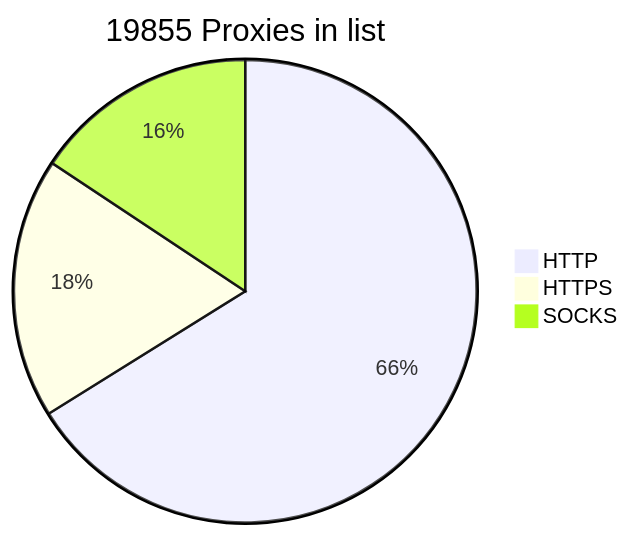
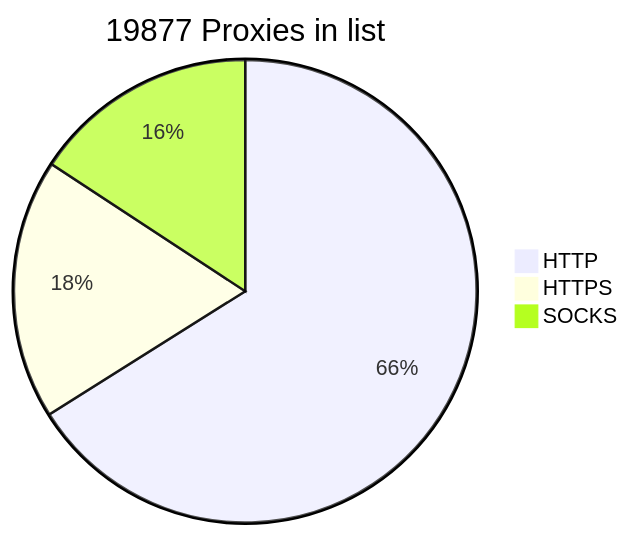
The diagram in README.md (BlackSnowDot/proxylist-update-every-minute), drawn with Mermaid before and after one commit.

````diff
--- a/README.md
+++ b/README.md
@@ -2,6 +2,6 @@
 ```mermaid
-pie title 19855 Proxies in list
+pie title 19877 Proxies in list
     "HTTP" : 14539
     "HTTPS": 4000
-    "SOCKS" : 3446
+    "SOCKS" : 3468
 ```
````
